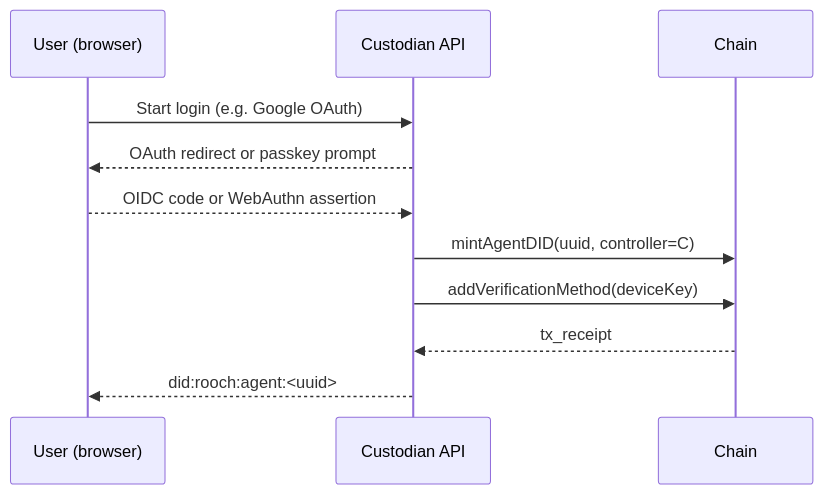
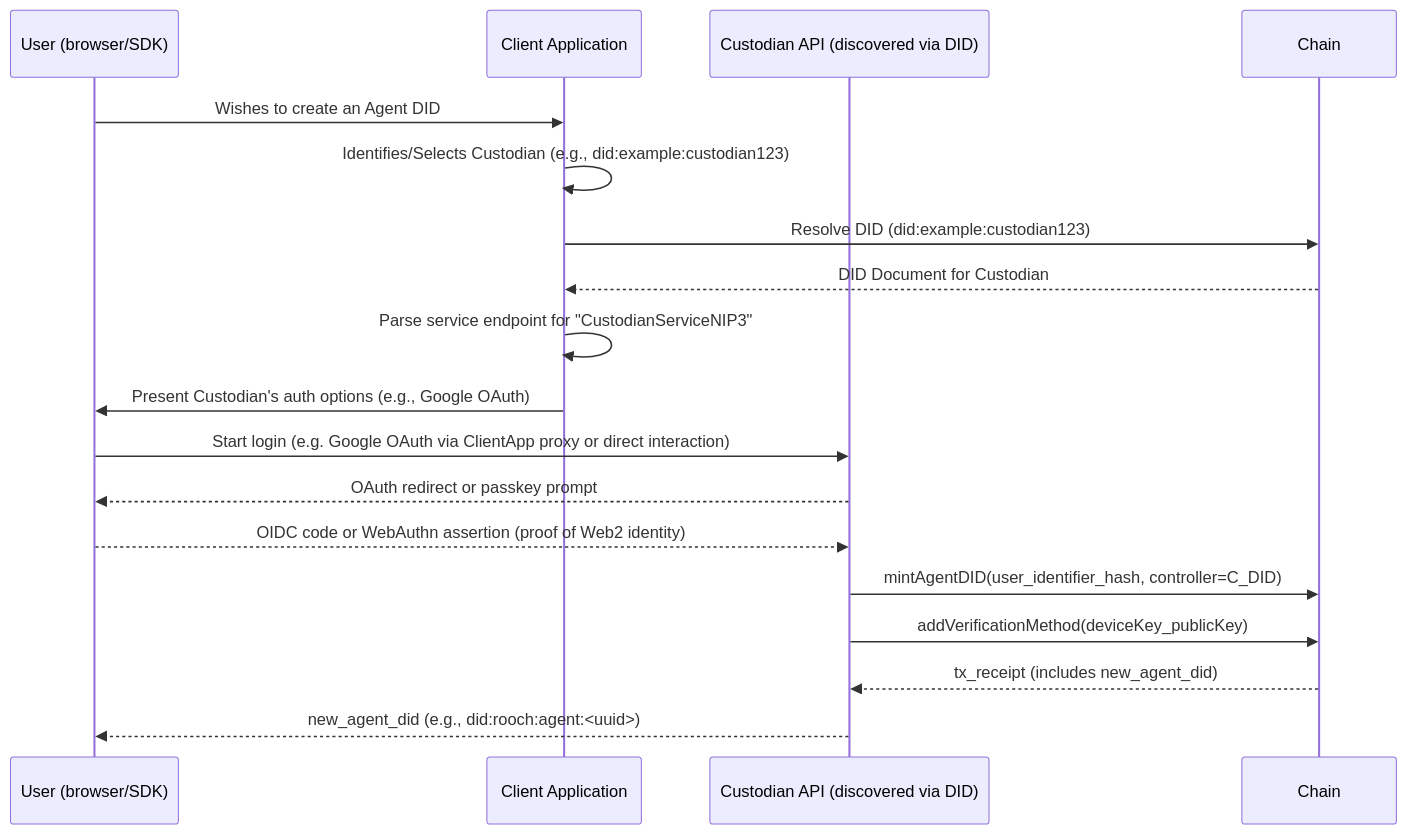
The diagram in NIPs/nip-3.md (nuwa-protocol/NIPs), drawn with Mermaid before and after one commit. The commit also changed other lines of this file and 1 other file, not shown here.

Commit message:
Refactor nip3 use did service discovery

````diff
--- a/NIPs/nip-3.md
+++ b/NIPs/nip-3.md
@@ -95,14 +88,21 @@
 ```mermaid
 sequenceDiagram
-    participant U as User (browser)
-    participant C as Custodian API
+    participant U as User (browser/SDK)
+    participant ClientApp as Client Application
+    participant C as Custodian API (discovered via DID)
     participant Chain
 
-    U->>C: Start login (e.g. Google OAuth)
+    U->>ClientApp: Wishes to create an Agent DID
+    ClientApp->>ClientApp: Identifies/Selects Custodian (e.g., did:example:custodian123)
+    ClientApp->>Chain: Resolve DID (did:example:custodian123)
+    Chain-->>ClientApp: DID Document for Custodian
+    ClientApp->>ClientApp: Parse service endpoint for "CustodianServiceNIP3"
+    ClientApp->>U: Present Custodian's auth options (e.g., Google OAuth)
+    U->>C: Start login (e.g. Google OAuth via ClientApp proxy or direct interaction)
     C-->>U: OAuth redirect or passkey prompt
-    U-->>C: OIDC code or WebAuthn assertion
-    C->>Chain: mintAgentDID(uuid, controller=C)
-    C->>Chain: addVerificationMethod(deviceKey)
-    Chain-->>C: tx_receipt
-    C-->>U: did:rooch:agent:<uuid>
+    U-->>C: OIDC code or WebAuthn assertion (proof of Web2 identity)
+    C->>Chain: mintAgentDID(user_identifier_hash, controller=C_DID)
+    C->>Chain: addVerificationMethod(deviceKey_publicKey) # deviceKey is generated by U's browser/SDK
+    Chain-->>C: tx_receipt (includes new_agent_did)
+    C-->>U: new_agent_did (e.g., did:rooch:agent:<uuid>)
 ```
````
